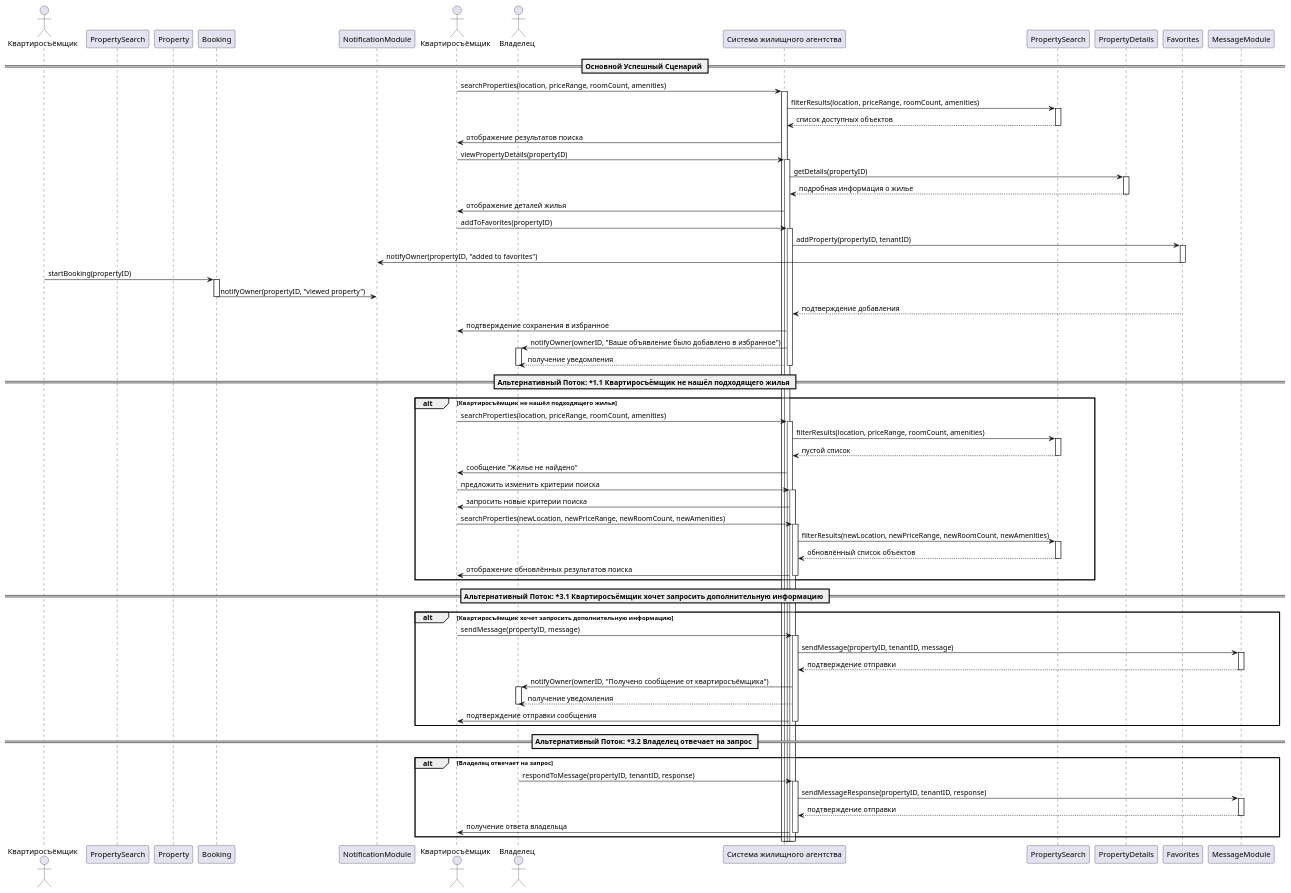
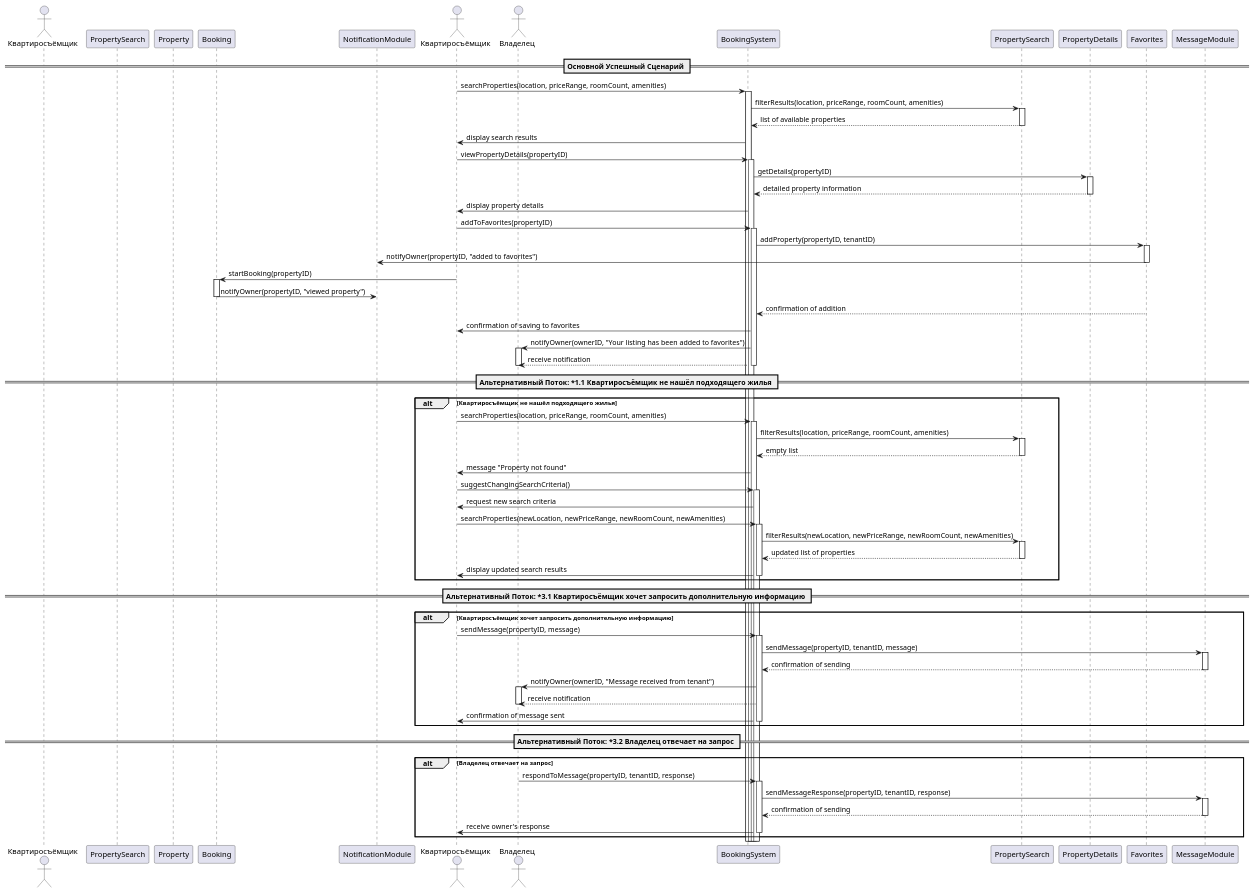
One commit to penamarth/bsbo-01-22_team4_var8 changed the diagram in precedents/HousingSelection/DiagramOfTheSequenceOfHousingSelection.md. Above: the diagram before and after it, drawn with PlantUML.

Commit message:
Translate russian text in scenarios to english

```diff
--- a/precedents/HousingSelection/DiagramOfTheSequenceOfHousingSelection.md
+++ b/precedents/HousingSelection/DiagramOfTheSequenceOfHousingSelection.md
@@ -11,7 +11,7 @@
 actor "Квартиросъёмщик" as Tenant
 actor "Владелец" as Owner
 
-participant "Система жилищного агентства" as System
+participant "BookingSystem" as System
 participant "PropertySearch" as Search
 participant "PropertyDetails" as Details
 participant "FavoritesModule" as Favorites
@@ -24,20 +24,20 @@
 
 System -> Search : filterResults(location, priceRange, roomCount, amenities)
 activate Search
-Search --> System : список доступных объектов
+Search --> System : list of available properties
 deactivate Search
 
-System -> Tenant : отображение результатов поиска
+System -> Tenant : display search results
 
 Tenant -> System : viewPropertyDetails(propertyID)
 activate System
 
 System -> Details : getDetails(propertyID)
 activate Details
-Details --> System : подробная информация о жилье
+Details --> System : detailed property information
 deactivate Details
 
-System -> Tenant : отображение деталей жилья
+System -> Tenant : display property details
 
 Tenant -> System : addToFavorites(propertyID)
 activate System
@@ -47,19 +47,19 @@
 
 Favorites -> NotificationModule : notifyOwner(propertyID, "added to favorites")
 deactivate Favorites
-Квартиросъёмщик -> Booking : startBooking(propertyID)
+Tenant -> Booking : startBooking(propertyID)
 activate Booking
 Booking -> NotificationModule : notifyOwner(propertyID, "viewed property")
 deactivate Booking
 
-Favorites --> System : подтверждение добавления
+Favorites --> System : confirmation of addition
 deactivate Favorites
 
-System -> Tenant : подтверждение сохранения в избранное
+System -> Tenant : confirmation of saving to favorites
 
-System -> Owner : notifyOwner(ownerID, "Ваше объявление было добавлено в избранное")
+System -> Owner : notifyOwner(ownerID, "Your listing has been added to favorites")
 activate Owner
-Owner <-- System : получение уведомления
+Owner <-- System : receive notification
 deactivate Owner
 
 deactivate System
@@ -72,25 +72,25 @@
 
     System -> Search : filterResults(location, priceRange, roomCount, amenities)
     activate Search
-    Search --> System : пустой список
+    Search --> System : empty list
     deactivate Search
 
-    System -> Tenant : сообщение "Жилье не найдено"
+    System -> Tenant : message "Property not found"
     
-    Tenant -> System : предложить изменить критерии поиска
+    Tenant -> System : suggestChangingSearchCriteria()
     activate System
 
-    System -> Tenant : запросить новые критерии поиска
+    System -> Tenant : request new search criteria
 
     Tenant -> System : searchProperties(newLocation, newPriceRange, newRoomCount, newAmenities)
     activate System
 
     System -> Search : filterResults(newLocation, newPriceRange, newRoomCount, newAmenities)
     activate Search
-    Search --> System : обновлённый список объектов
+    Search --> System : updated list of properties
     deactivate Search
 
-    System -> Tenant : отображение обновлённых результатов поиска
+    System -> Tenant : display updated search results
     deactivate System
 end
 
@@ -102,15 +102,15 @@
 
     System -> Messaging : sendMessage(propertyID, tenantID, message)
     activate Messaging
-    Messaging --> System : подтверждение отправки
+    Messaging --> System : confirmation of sending
     deactivate Messaging
 
-    System -> Owner : notifyOwner(ownerID, "Получено сообщение от квартиросъёмщика")
+    System -> Owner : notifyOwner(ownerID, "Message received from tenant")
     activate Owner
-    Owner <-- System : получение уведомления
+    Owner <-- System : receive notification
     deactivate Owner
 
-    System -> Tenant : подтверждение отправки сообщения
+    System -> Tenant : confirmation of message sent
     deactivate System
 end
 
@@ -122,10 +122,10 @@
 
     System -> Messaging : sendMessageResponse(propertyID, tenantID, response)
     activate Messaging
-    Messaging --> System : подтверждение отправки
+    Messaging --> System : confirmation of sending
     deactivate Messaging
 
-    System -> Tenant : получение ответа владельца
+    System -> Tenant : receive owner's response
     deactivate System
 end
 
```
